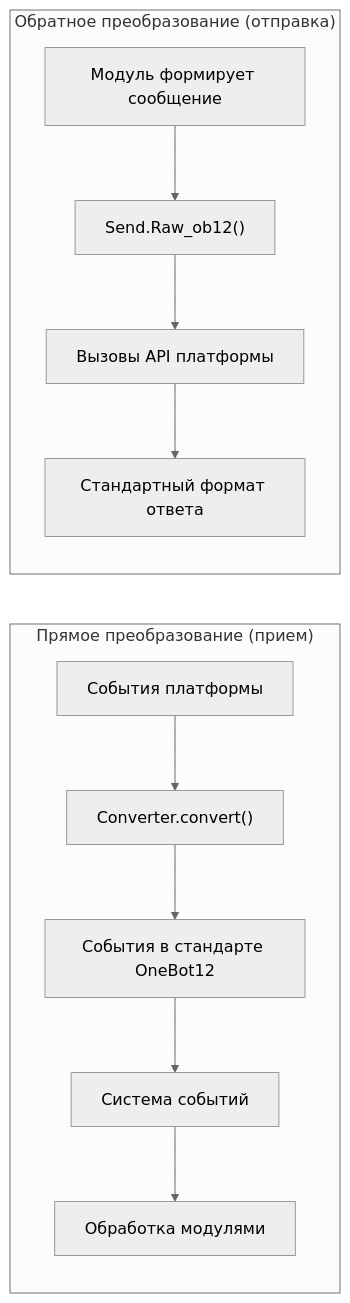
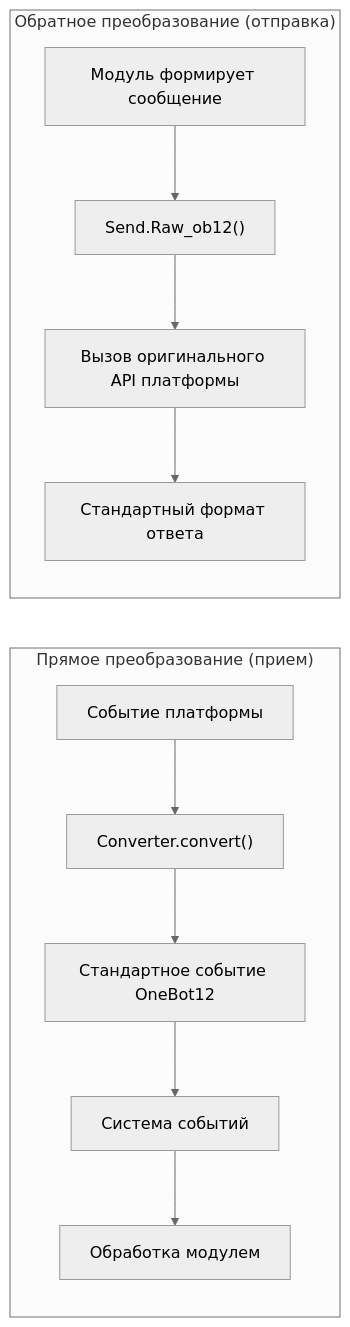
One commit to ErisPulse/ErisPulse changed the diagram in docs/ru/developer-guide/adapters/getting-started.md. Above: the diagram before and after it, drawn with Mermaid (neutral theme). The commit also changed other lines of this file and 828 other files, not shown here.

````diff
--- a/docs/ru/developer-guide/adapters/getting-started.md
+++ b/docs/ru/developer-guide/adapters/getting-started.md
@@ -21,11 +21,11 @@
 ```mermaid
 flowchart LR
     subgraph receive["Прямое преобразование (прием)"]
         direction TB
-        P1["События платформы"] --> C1["Converter.convert()"] --> O1["События в стандарте OneBot12"] --> S1["Система событий"] --> M1["Обработка модулями"]
+        P1["Событие платформы"] --> C1["Converter.convert()"] --> O1["Стандартное событие OneBot12"] --> S1["Система событий"] --> M1["Обработка модулем"]
     end
     subgraph send["Обратное преобразование (отправка)"]
         direction TB
-        M2["Модуль формирует сообщение"] --> R1["Send.Raw_ob12()"] --> N1["Вызовы API платформы"] --> R2["Стандартный формат ответа"]
+        M2["Модуль формирует сообщение"] --> R1["Send.Raw_ob12()"] --> N1["Вызов оригинального API платформы"] --> R2["Стандартный формат ответа"]
     end
 ```
````
